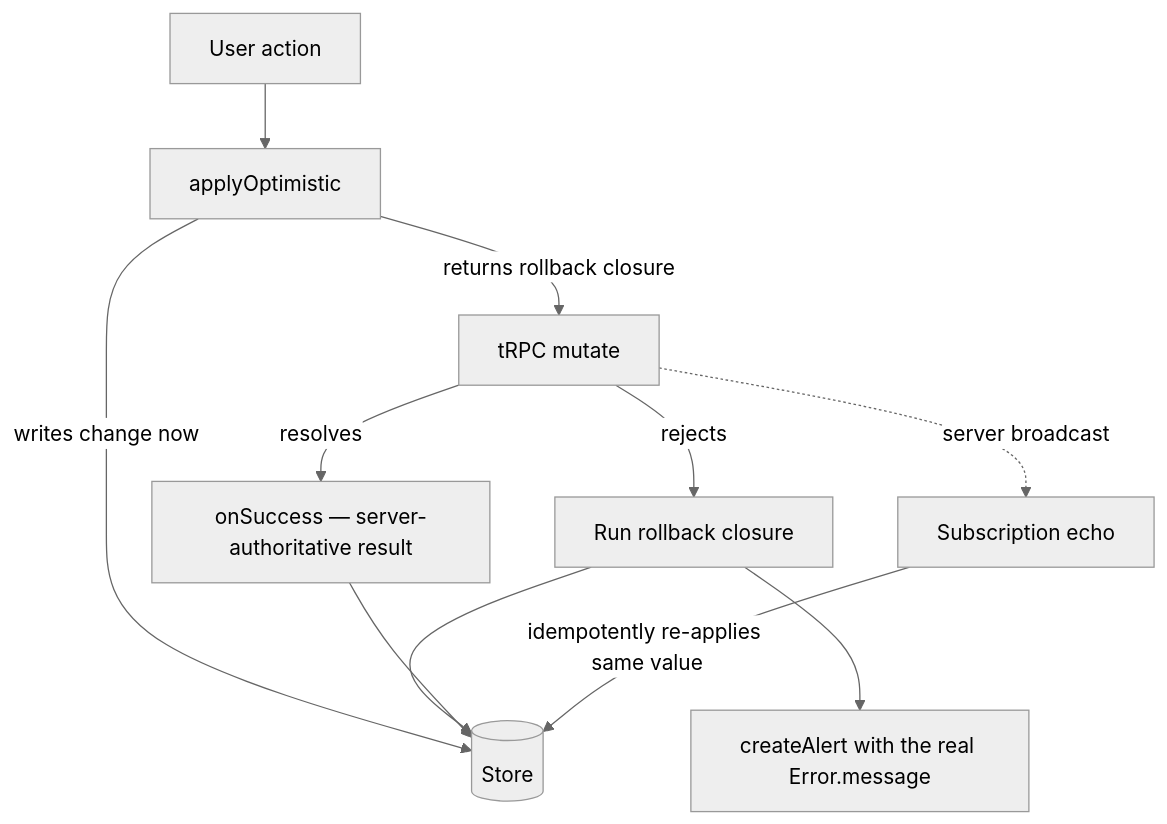
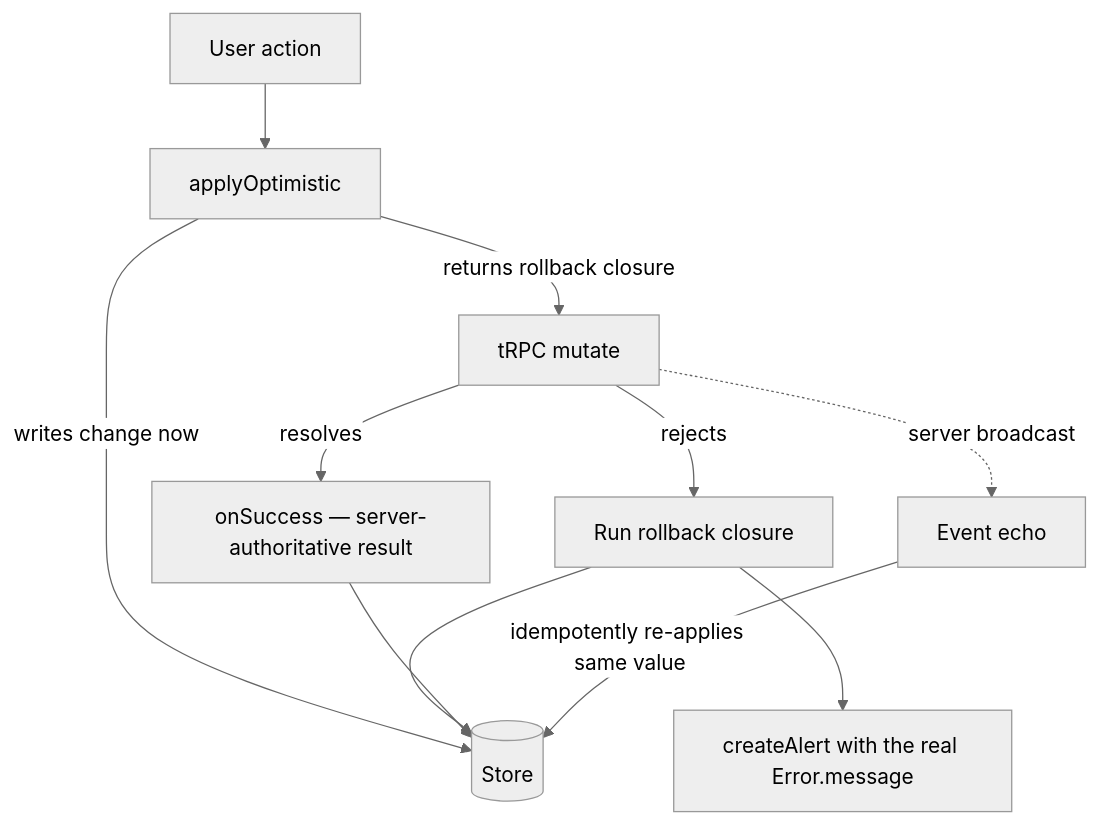
One commit to Esposter/Esposter changed the first of 2 diagrams in openspec/specs/architecture/client-data/design.md. Above: the diagram before and after it, drawn with Mermaid (neutral theme). The commit also changed other lines of this file and 11 other files, not shown here.

````diff
--- a/openspec/specs/architecture/client-data/design.md
+++ b/openspec/specs/architecture/client-data/design.md
@@ -75,13 +75,13 @@
 ```mermaid
 flowchart TD
   Action[User action] --> Apply[applyOptimistic]
   Apply -->|writes change now| Store[(Store)]
   Apply -->|returns rollback closure| Mutate[tRPC mutate]
   Mutate -->|rejects| Rollback[Run rollback closure]
   Mutate -->|resolves| Success[onSuccess — server-authoritative result]
   Rollback --> Store
   Rollback --> Alert[createAlert with the real Error.message]
   Success --> Store
-  Mutate -.->|server broadcast| Echo[Subscription echo]
+  Mutate -.->|server broadcast| Echo[Event echo]
   Echo -->|idempotently re-applies same value| Store
 ```
````
